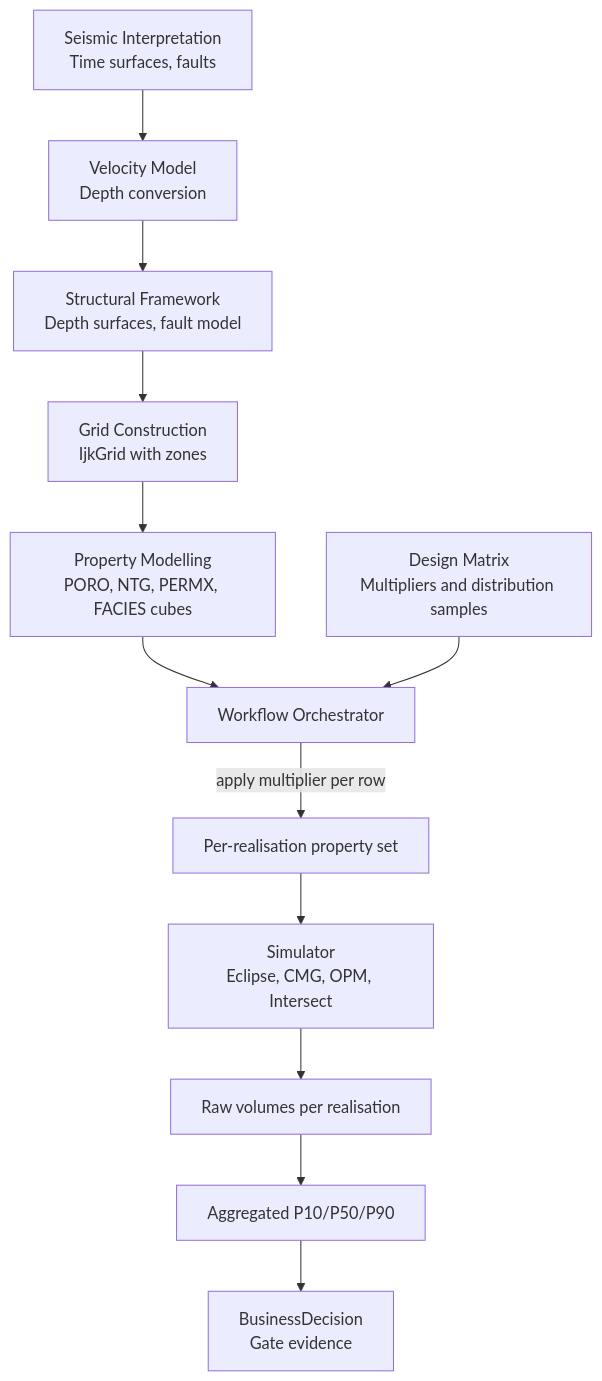
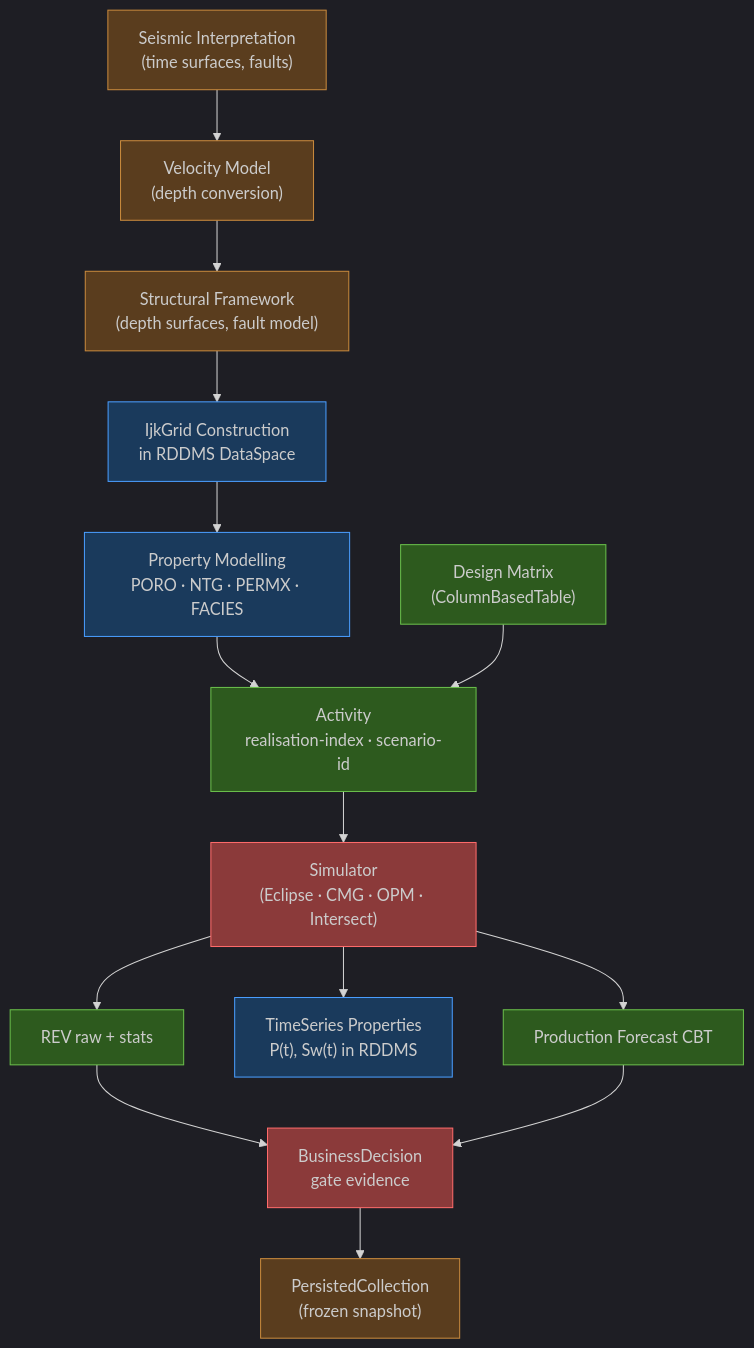
One commit to equinor/ores changed diagram 12 of 14 in md/Uncertainty.md. Above: the diagram before and after it, drawn with Mermaid. The commit also changed other lines of this file, not shown here.

````diff
--- a/md/Uncertainty.md
+++ b/md/Uncertainty.md
@@ -447,27 +414,45 @@
 ```mermaid
+%%{init: {'theme': 'dark'}}%%
 flowchart TD
-  SEIS[Seismic Interpretation<br/>Time surfaces, faults]
-  VEL[Velocity Model<br/>Depth conversion]
-  STRUCT[Structural Framework<br/>Depth surfaces, fault model]
-  GRID[Grid Construction<br/>IjkGrid with zones]
-  PROP[Property Modelling<br/>PORO, NTG, PERMX, FACIES cubes]
-  DM[Design Matrix<br/>Multipliers and distribution samples]
-  ORCH[Workflow Orchestrator]
-  REAL[Per-realisation property set]
-  SIM[Simulator<br/>Eclipse, CMG, OPM, Intersect]
-  REV[Raw volumes per realisation]
-  STATS[Aggregated P10/P50/P90]
-  BD[BusinessDecision<br/>Gate evidence]
+  SEIS["Seismic Interpretation<br/>(time surfaces, faults)"]
+  VEL["Velocity Model<br/>(depth conversion)"]
+  STRUCT["Structural Framework<br/>(depth surfaces, fault model)"]
+  style SEIS fill:#5a3d1e,stroke:#c98a3d
+  style VEL fill:#5a3d1e,stroke:#c98a3d
+  style STRUCT fill:#5a3d1e,stroke:#c98a3d
 
-  SEIS --> VEL
-  VEL --> STRUCT
-  STRUCT --> GRID
+  GRID["IjkGrid Construction<br/>in RDDMS DataSpace"]
+  PROP["Property Modelling<br/>PORO · NTG · PERMX · FACIES"]
+  style GRID fill:#1a3a5c,stroke:#4a9eff
+  style PROP fill:#1a3a5c,stroke:#4a9eff
+
+  DM["Design Matrix<br/>(ColumnBasedTable)"]
+  ACT["Activity<br/>realisation-index · scenario-id"]
+  style DM fill:#2d5a1e,stroke:#6abf4b
+  style ACT fill:#2d5a1e,stroke:#6abf4b
+
+  SIM["Simulator<br/>(Eclipse · CMG · OPM · Intersect)"]
+  style SIM fill:#8b3a3a,stroke:#ff6b6b
+
+  REV["REV raw + stats"]
+  TS_OUT["TimeSeries Properties<br/>P(t), Sw(t) in RDDMS"]
+  FCST["Production Forecast CBT"]
+  style REV fill:#2d5a1e,stroke:#6abf4b
+  style TS_OUT fill:#1a3a5c,stroke:#4a9eff
+  style FCST fill:#2d5a1e,stroke:#6abf4b
+
+  BD["BusinessDecision<br/>gate evidence"]
+  PC["PersistedCollection<br/>(frozen snapshot)"]
+  style BD fill:#8b3a3a,stroke:#ff6b6b
+  style PC fill:#5a3d1e,stroke:#c98a3d
+
+  SEIS --> VEL --> STRUCT --> GRID
   GRID --> PROP
-  PROP --> ORCH
-  DM --> ORCH
-  ORCH -->|"apply multiplier per row"| REAL
-  REAL --> SIM
-  SIM --> REV
-  REV --> STATS
-  STATS --> BD
+  PROP --> ACT
+  DM --> ACT
+  ACT --> SIM
+  SIM --> REV & TS_OUT & FCST
+  REV --> BD
+  FCST --> BD
+  BD --> PC
 ```
````
